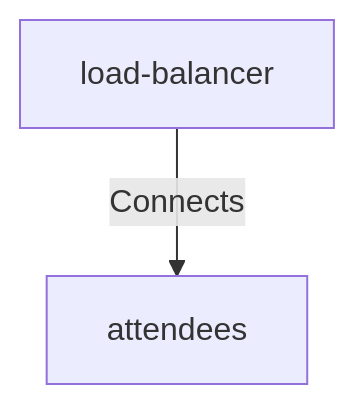
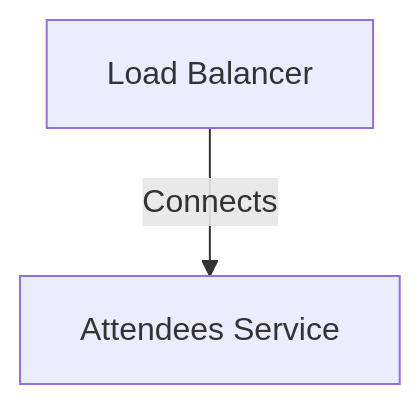
Before and after one commit to finos/architecture-as-code: the diagram in cli/test_fixtures/getting-started/STEP-3/website/docs/relationships/load-balancer-attendees.md, drawn with Mermaid. The commit also changed 61 other files, not shown here.

First line of the commit message:
fix(calm-widgets): resolve node names instead of raw ids in related-nodes diagrams (#2883)

````diff
--- a/cli/test_fixtures/getting-started/STEP-3/website/docs/relationships/load-balancer-attendees.md
+++ b/cli/test_fixtures/getting-started/STEP-3/website/docs/relationships/load-balancer-attendees.md
@@ -32,5 +32,5 @@
 ```mermaid
 graph TD;
-load-balancer -- Connects --> attendees;
+load-balancer[Load Balancer] -- Connects --> attendees[Attendees Service];
 classDef highlight fill:#f2bbae;
 ```
````
